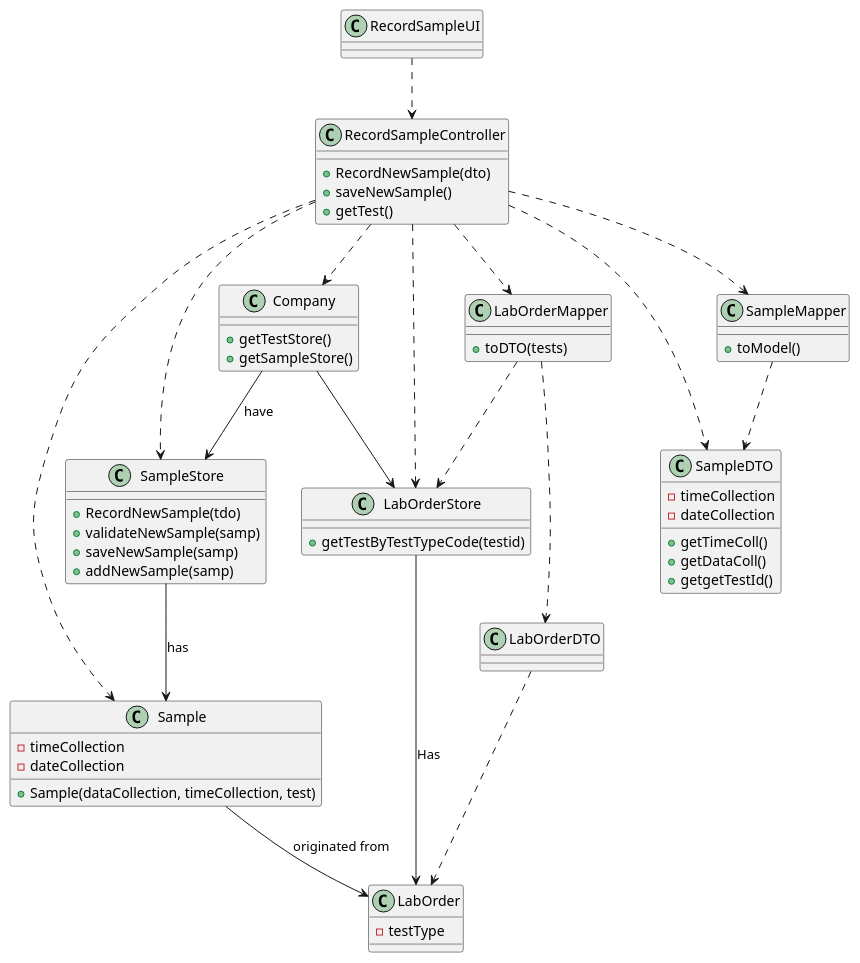
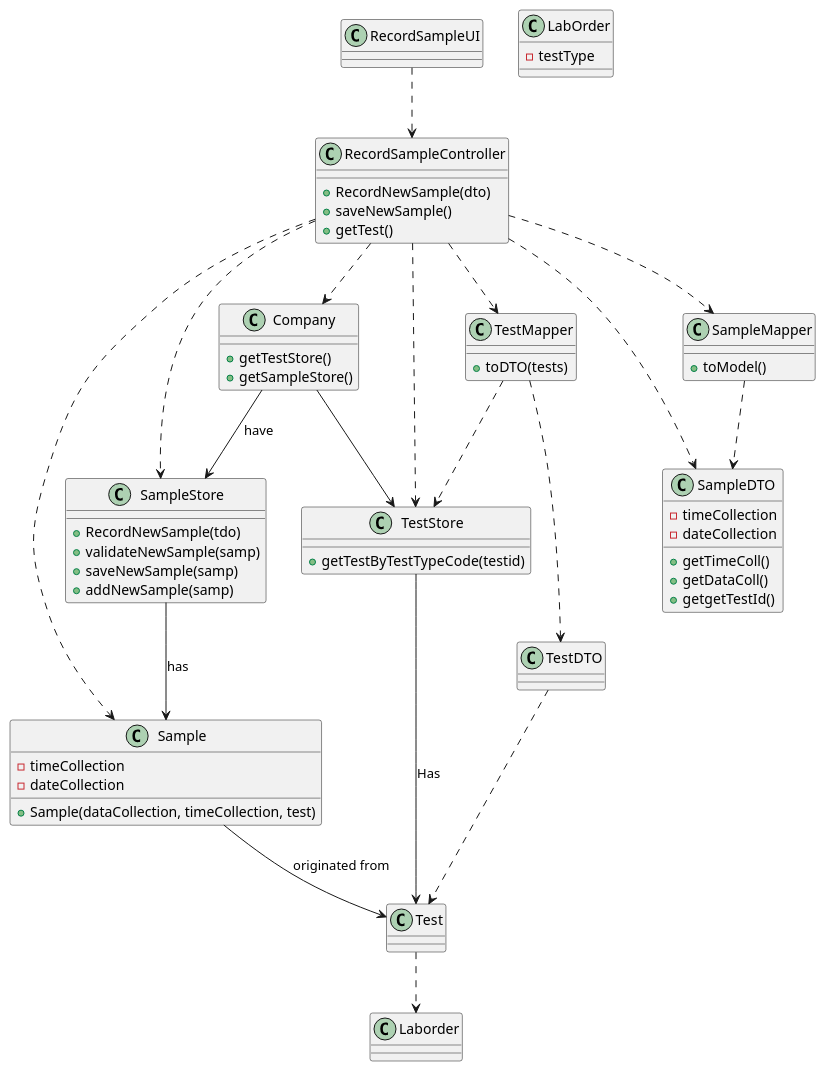
Before and after one commit to Pedromaia26/LAPR2-ISEP: the diagram in docs/SprintC/US5_RecordTheSample/CD_US005.puml, drawn with PlantUML. The commit also changed 12 other files, not shown here.

```diff
--- a/docs/SprintC/US5_RecordTheSample/CD_US005.puml
+++ b/docs/SprintC/US5_RecordTheSample/CD_US005.puml
@@ -1,69 +1,69 @@
 @startuml
 RecordSampleUI ..> RecordSampleController
 RecordSampleController..>Company
 RecordSampleController..>Sample
-RecordSampleController..>LabOrderMapper 
+RecordSampleController..>TestMapper
 RecordSampleController..>SampleDTO
 RecordSampleController..>SampleStore
 RecordSampleController..>SampleMapper
-RecordSampleController..>LabOrderStore
+RecordSampleController..>TestStore
 
 
 
 
 RecordSampleController : +RecordNewSample(dto)
 RecordSampleController : +saveNewSample()
 RecordSampleController : +getTest()
 
 
 Company --> SampleStore : have
 
 SampleStore --> Sample: has
 
-Company --> LabOrderStore
+Company --> TestStore
 
-LabOrderStore : +getTestByTestTypeCode(testid)
+TestStore : +getTestByTestTypeCode(testid)
 
-LabOrderMapper ..> LabOrderDTO
-LabOrderDTO..> LabOrder
-Sample --> LabOrder: originated from
+TestMapper ..> TestDTO
+TestDTO..> Test
+Sample --> Test: originated from
 
 
-LabOrderStore --> LabOrder : Has
+TestStore --> Test : Has
 SampleMapper ..> SampleDTO
 
 
-LabOrderMapper ..> LabOrderStore
+TestMapper ..> TestStore
 
-
+Test ..> Laborder
 LabOrder : -testType
 
 
-LabOrderMapper : +toDTO(tests)
+TestMapper : +toDTO(tests)
 
 SampleMapper : +toModel()
 
 
 
 
 Company : +getTestStore()
 Company : +getSampleStore()
 
 SampleStore : +RecordNewSample(tdo)
 SampleStore : +validateNewSample(samp)
 SampleStore : +saveNewSample(samp)
 SampleStore : +addNewSample(samp)
 
 SampleDTO : +getTimeColl()
 SampleDTO : +getDataColl()
 SampleDTO : +getgetTestId()
 
 
 SampleDTO : -timeCollection
 SampleDTO : -dateCollection
 
 
 Sample : +Sample(dataCollection, timeCollection, test)
 Sample : -timeCollection
 Sample : -dateCollection
 @enduml
```
